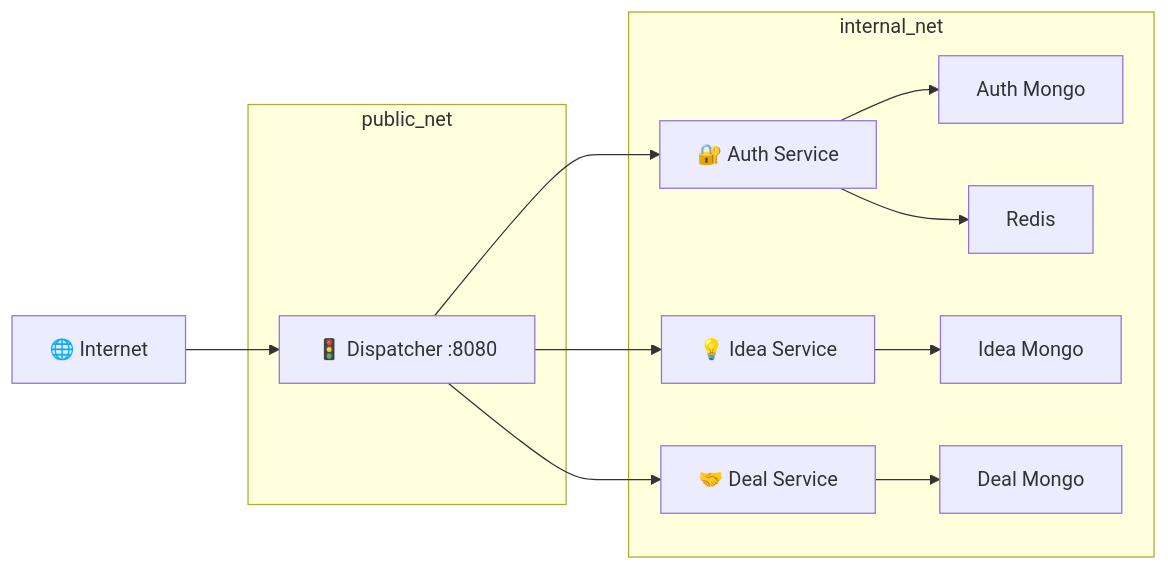
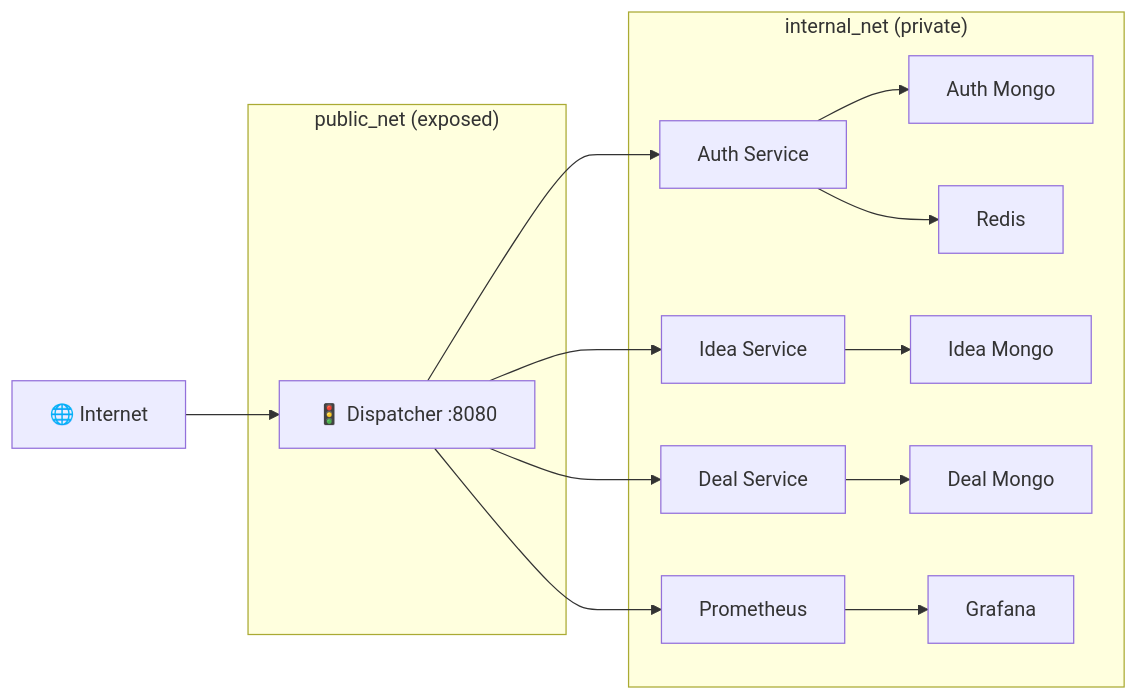
One commit to TheGhost966/InvestBridge changed the third of 3 diagrams in README.md. Above: the diagram before and after it, drawn with Mermaid. The commit also changed other lines of this file, not shown here.

````diff
--- a/README.md
+++ b/README.md
@@ -120,20 +106,24 @@
 ```mermaid
 flowchart LR
-    subgraph public_net
+    subgraph public_net["public_net (exposed)"]
         D["🚦 Dispatcher :8080"]
     end
-    subgraph internal_net
-        A["🔐 Auth Service"]
-        I["💡 Idea Service"]
-        De["🤝 Deal Service"]
+    subgraph internal_net["internal_net (private)"]
+        A["Auth Service"]
+        I["Idea Service"]
+        De["Deal Service"]
         AM["Auth Mongo"]
         IM["Idea Mongo"]
         DM["Deal Mongo"]
         R["Redis"]
+        P["Prometheus"]
+        G["Grafana"]
     end
     Internet["🌐 Internet"] --> D
     D --> A & I & De
     A --> AM & R
     I --> IM
     De --> DM
+    D --> P
+    P --> G
 ```
````
